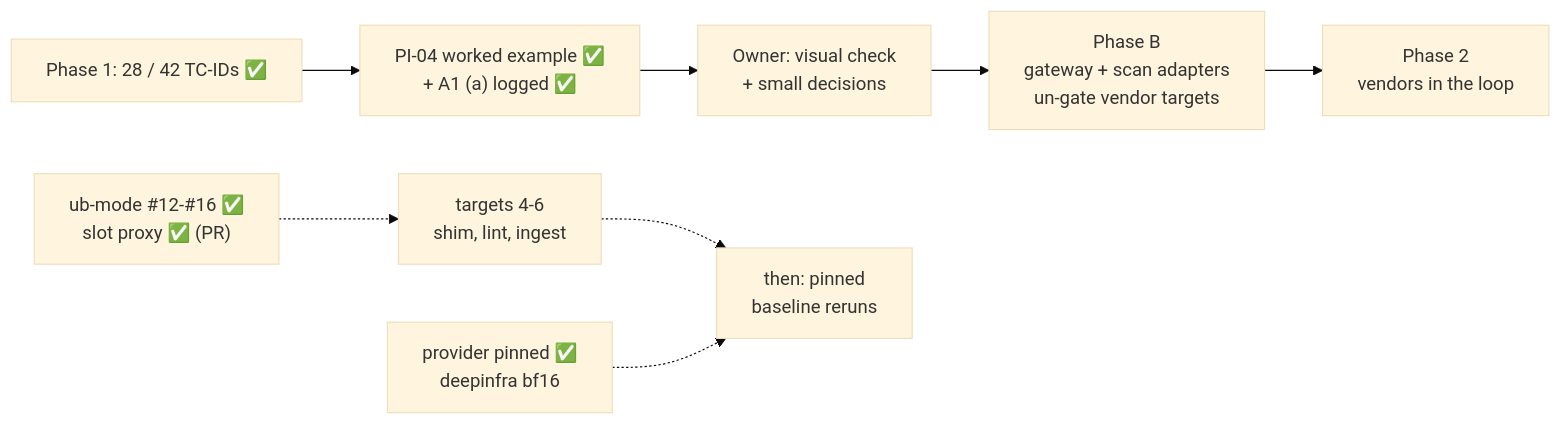
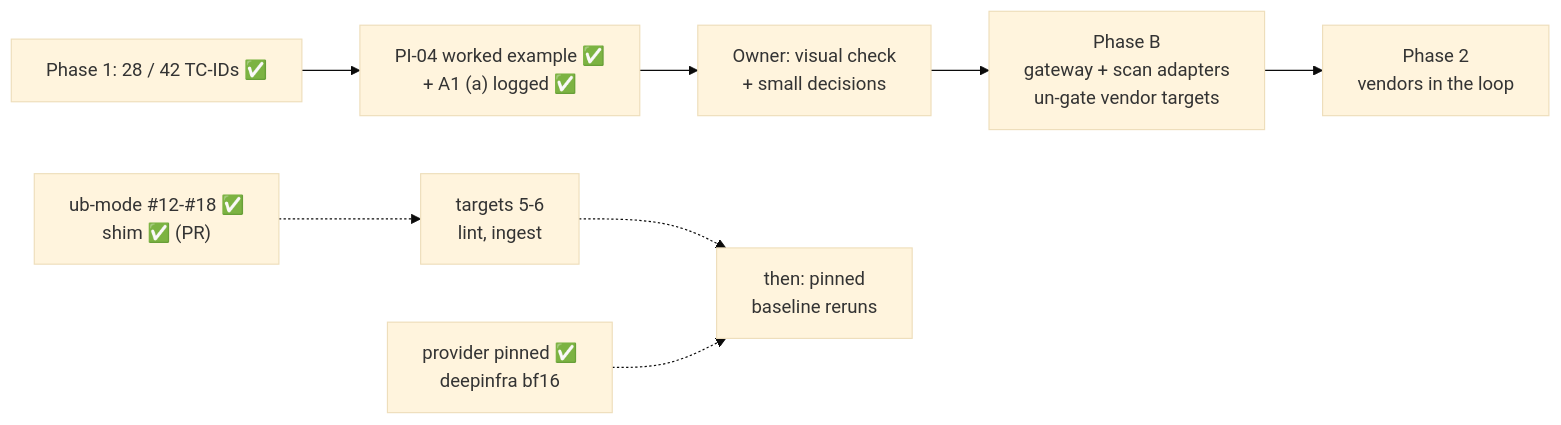
One commit to hackershmave1/guardrail-eval changed the diagram in STATUS.md. Above: the diagram before and after it, drawn with Mermaid (base theme). The commit also changed other lines of this file, not shown here.

First line of the commit message:
Status: shim target done; Lab 01's fence misses read_text_file

````diff
--- a/STATUS.md
+++ b/STATUS.md
@@ -7,10 +7,10 @@
 ```mermaid
 flowchart LR
     A["Phase 1: 28 / 42 TC-IDs ✅"] --> W["PI-04 worked example ✅<br/>+ A1 (a) logged ✅"]
     W --> C["Owner: visual check<br/>+ small decisions"]
     C --> D["Phase B<br/>gateway + scan adapters<br/>un-gate vendor targets"]
     D --> E["Phase 2<br/>vendors in the loop"]
-    U["ub-mode #12-#16 ✅<br/>slot proxy ✅ (PR)"] -.-> N["targets 4-6<br/>shim, lint, ingest"]
+    U["ub-mode #12-#18 ✅<br/>shim ✅ (PR)"] -.-> N["targets 5-6<br/>lint, ingest"]
     N -.-> B["then: pinned<br/>baseline reruns"]
     P["provider pinned ✅<br/>deepinfra bf16"] -.-> B
 ```
````
